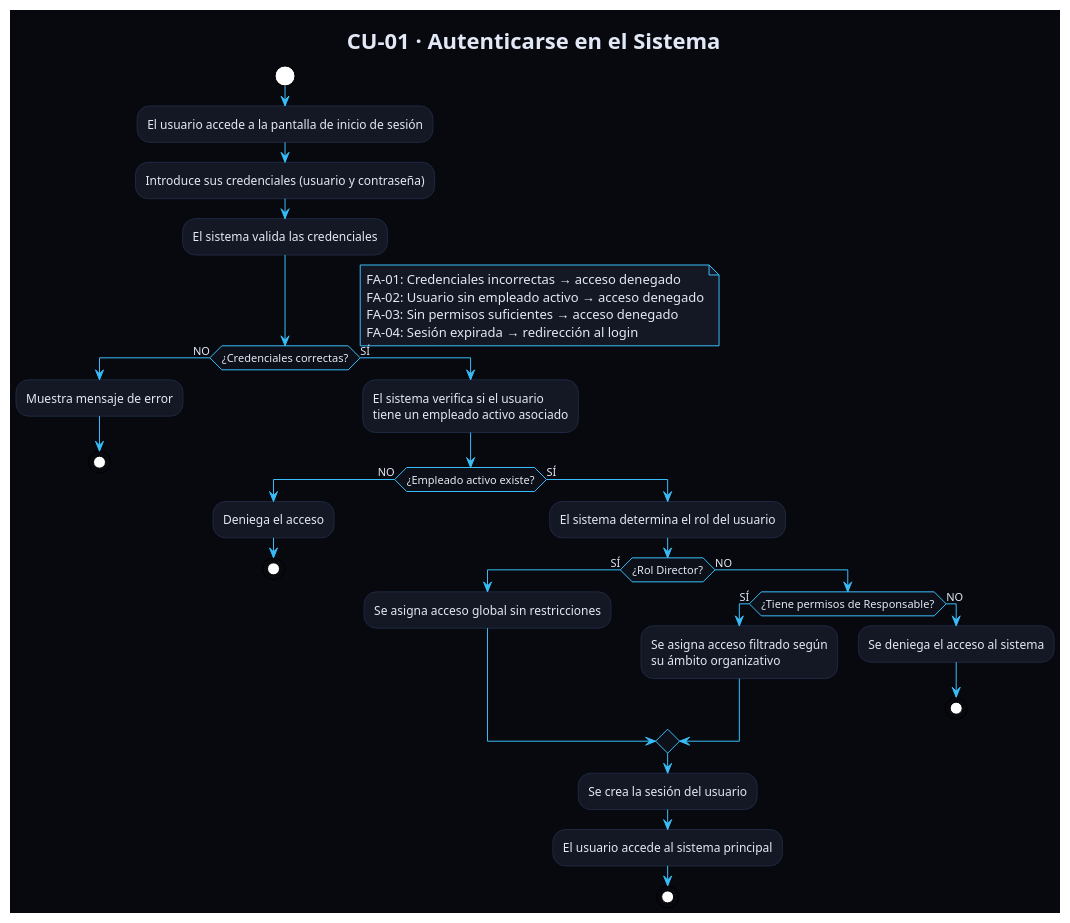
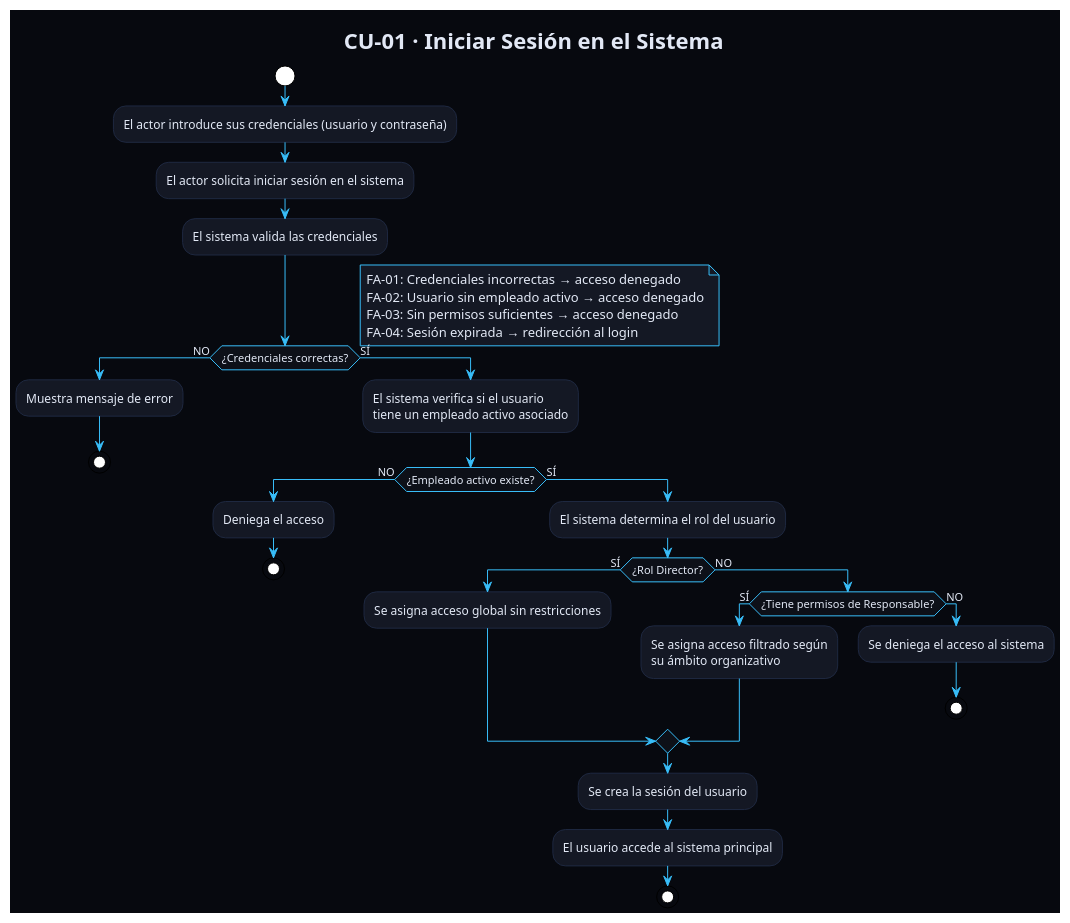
The diagram in Estudiantes/cesar-garcia-eguiguren/Capítulo-2/diagramas/CdU/flujoCU01.puml (Jorgeog25/GII-TFG-2026), drawn with PlantUML before and after one commit. The commit also changed 13 other files, not shown here.

Commit message:
actualización de diagramas

```diff
--- a/Estudiantes/cesar-garcia-eguiguren/Capítulo-2/diagramas/CdU/flujoCU01.puml
+++ b/Estudiantes/cesar-garcia-eguiguren/Capítulo-2/diagramas/CdU/flujoCU01.puml
@@ -1,55 +1,55 @@
 @startuml CU01_Autenticarse
 !theme plain
 skinparam backgroundColor #07090F
 skinparam defaultFontColor #E2E8F5
 skinparam ArrowColor #38BDF8
 skinparam ActivityBorderColor #1E2840
 skinparam ActivityBackgroundColor #141824
 skinparam ActivityDiamondBackgroundColor #0D1018
 skinparam ActivityDiamondBorderColor #38BDF8
 skinparam NoteBackgroundColor #141824
 skinparam NoteBorderColor #38BDF8
 
-title CU-01 · Autenticarse en el Sistema
+title CU-01 · Iniciar Sesión en el Sistema
 
 start
-:El usuario accede a la pantalla de inicio de sesión;
-:Introduce sus credenciales (usuario y contraseña);
+:El actor introduce sus credenciales (usuario y contraseña);
+:El actor solicita iniciar sesión en el sistema;
 :El sistema valida las credenciales;
 
 if (¿Credenciales correctas?) then (NO)
   :Muestra mensaje de error;
   stop
 else (SÍ)
   :El sistema verifica si el usuario
   tiene un empleado activo asociado;
   if (¿Empleado activo existe?) then (NO)
     :Deniega el acceso;
     stop
   else (SÍ)
     :El sistema determina el rol del usuario;
     if (¿Rol Director?) then (SÍ)
       :Se asigna acceso global sin restricciones;
     else (NO)
       if (¿Tiene permisos de Responsable?) then (SÍ)
         :Se asigna acceso filtrado según
         su ámbito organizativo;
       else (NO)
         :Se deniega el acceso al sistema;
         stop
       endif
     endif
     :Se crea la sesión del usuario;
     :El usuario accede al sistema principal;
     stop
   endif
 endif
 
 note right
   FA-01: Credenciales incorrectas → acceso denegado
   FA-02: Usuario sin empleado activo → acceso denegado
   FA-03: Sin permisos suficientes → acceso denegado
   FA-04: Sesión expirada → redirección al login
 end note
 
 @enduml
```
